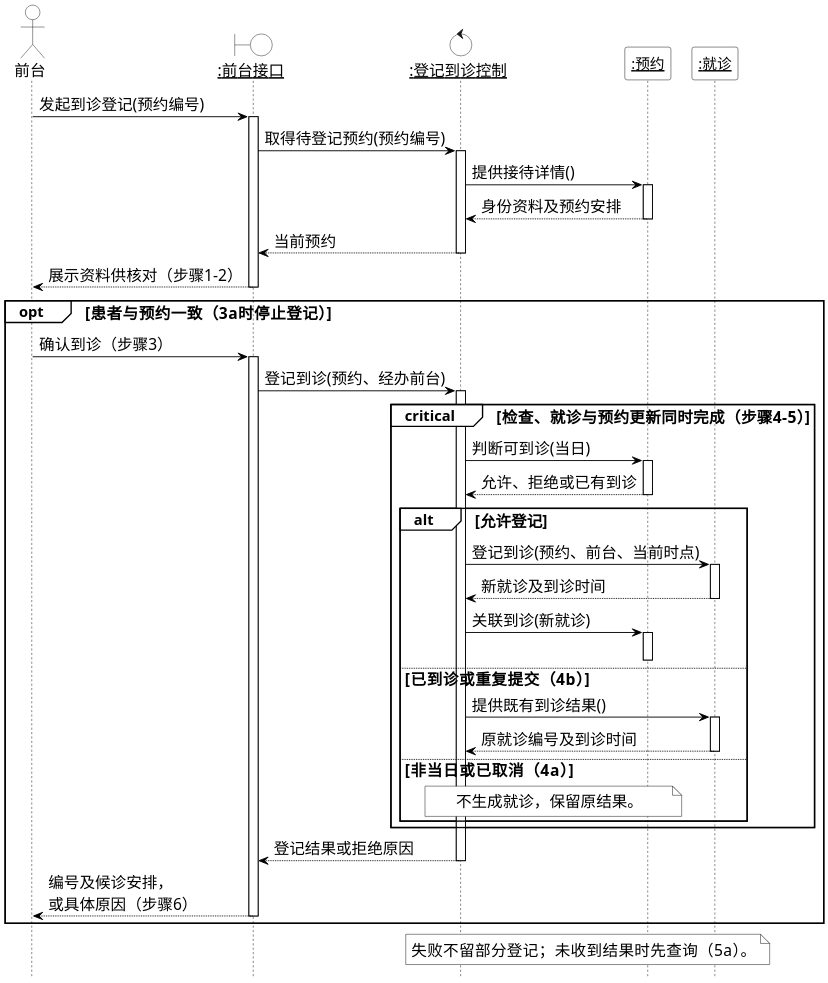
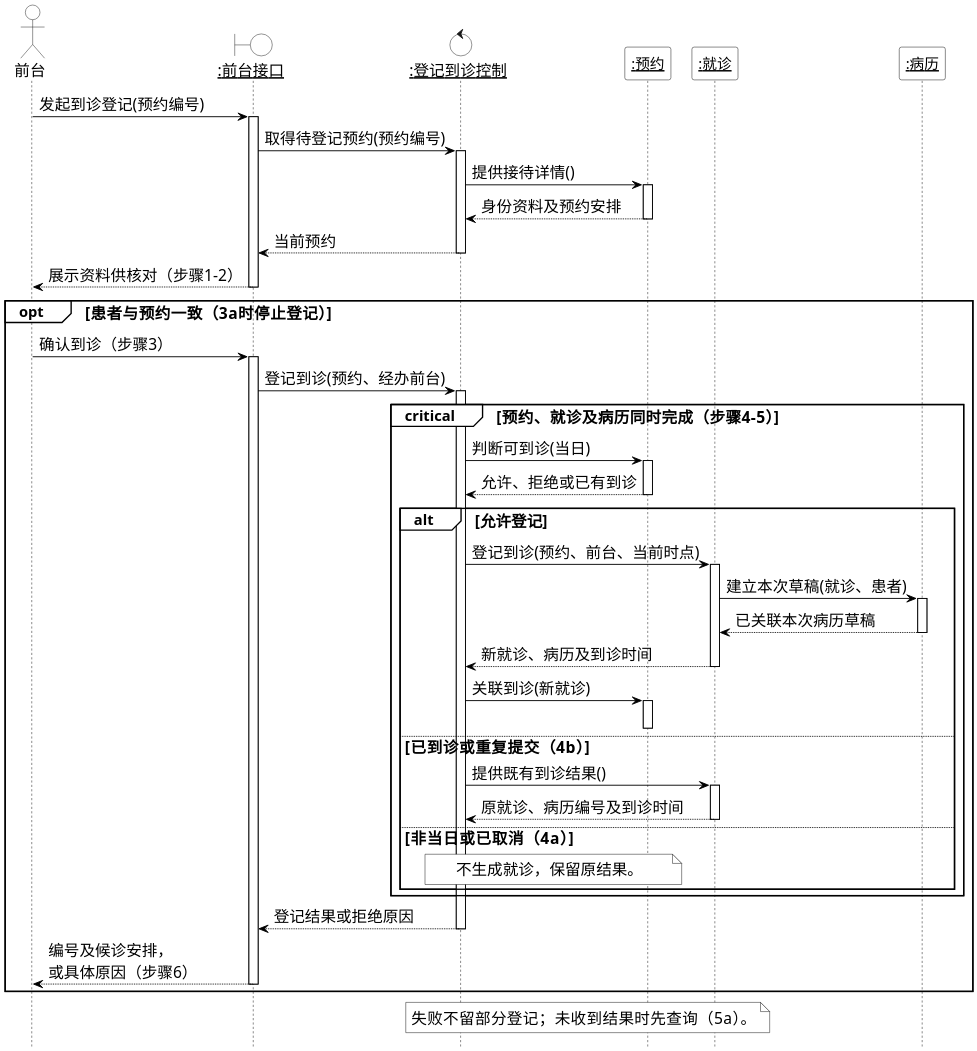
One commit to Shawmc-creator/systemAnalyseAndDesign changed the diagram in 01-需求文档/diagrams/13-03-analysis-sequence.puml. Above: the diagram before and after it, drawn with PlantUML. The commit also changed 50 other files, not shown here.

Commit message:
Revise requirements document and analysis diagrams

```diff
--- a/01-需求文档/diagrams/13-03-analysis-sequence.puml
+++ b/01-需求文档/diagrams/13-03-analysis-sequence.puml
@@ -1,75 +1,80 @@
 @startuml
 hide footbox
 skinparam backgroundColor white
 skinparam shadowing false
 skinparam defaultFontName SimSun
 skinparam defaultFontSize 17
 skinparam dpi 200
 skinparam maxMessageSize 150
 skinparam sequence {
  ArrowColor black
  ArrowFontSize 17
  LifeLineBorderColor black
  LifeLineBackgroundColor white
  ParticipantBorderColor black
  ParticipantBackgroundColor white
  GroupBorderColor black
  GroupBackgroundColor white
  GroupHeaderFontSize 16
  ParticipantFontSize 16
  ReferenceBackgroundColor white
  ReferenceBorderColor black
 }
 skinparam NoteBackgroundColor white
 skinparam NoteBorderColor black
 actor "前台" as A #white
 boundary "<u>:前台接口</u>" as B #white
 control "<u>:登记到诊控制</u>" as K #white
 participant "<u>:预约</u>" as R
 participant "<u>:就诊</u>" as V
+participant "<u>:病历</u>" as C
 A -> B : 发起到诊登记(预约编号)
 activate B
 B -> K : 取得待登记预约(预约编号)
 activate K
 K -> R : 提供接待详情()
 activate R
 R --> K : 身份资料及预约安排
 deactivate R
 K --> B : 当前预约
 deactivate K
 B --> A : 展示资料供核对（步骤1-2）
 deactivate B
 opt 患者与预约一致（3a时停止登记）
 A -> B : 确认到诊（步骤3）
 activate B
 B -> K : 登记到诊(预约、经办前台)
 activate K
-critical 检查、就诊与预约更新同时完成（步骤4-5）
+critical 预约、就诊及病历同时完成（步骤4-5）
 K -> R : 判断可到诊(当日)
 activate R
 R --> K : 允许、拒绝或已有到诊
 deactivate R
 alt 允许登记
 K -> V : 登记到诊(预约、前台、当前时点)
 activate V
-V --> K : 新就诊及到诊时间
+V -> C : 建立本次草稿(就诊、患者)
+activate C
+C --> V : 已关联本次病历草稿
+deactivate C
+V --> K : 新就诊、病历及到诊时间
 deactivate V
 K -> R : 关联到诊(新就诊)
 activate R
 deactivate R
 else 已到诊或重复提交（4b）
 K -> V : 提供既有到诊结果()
 activate V
-V --> K : 原就诊编号及到诊时间
+V --> K : 原就诊、病历编号及到诊时间
 deactivate V
 else 非当日或已取消（4a）
 note over K,R : 不生成就诊，保留原结果。
 end
 end
 K --> B : 登记结果或拒绝原因
 deactivate K
 B --> A : 编号及候诊安排，或具体原因（步骤6）
 deactivate B
 end
 note over K,V : 失败不留部分登记；未收到结果时先查询（5a）。
 @enduml
```
